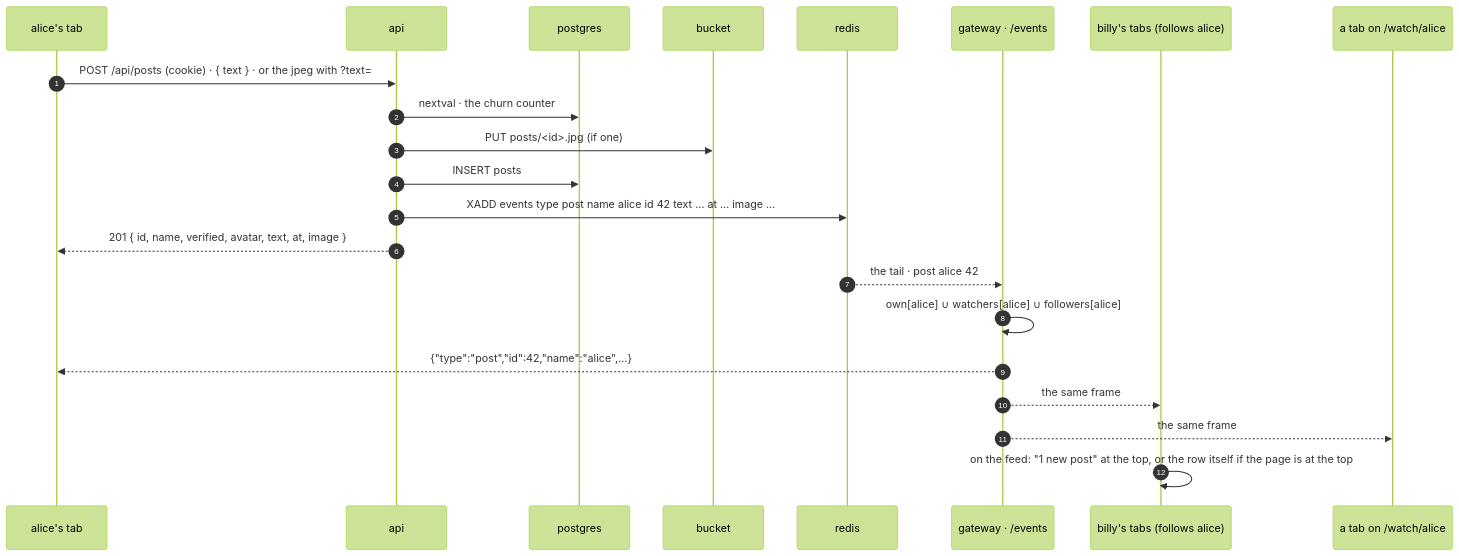
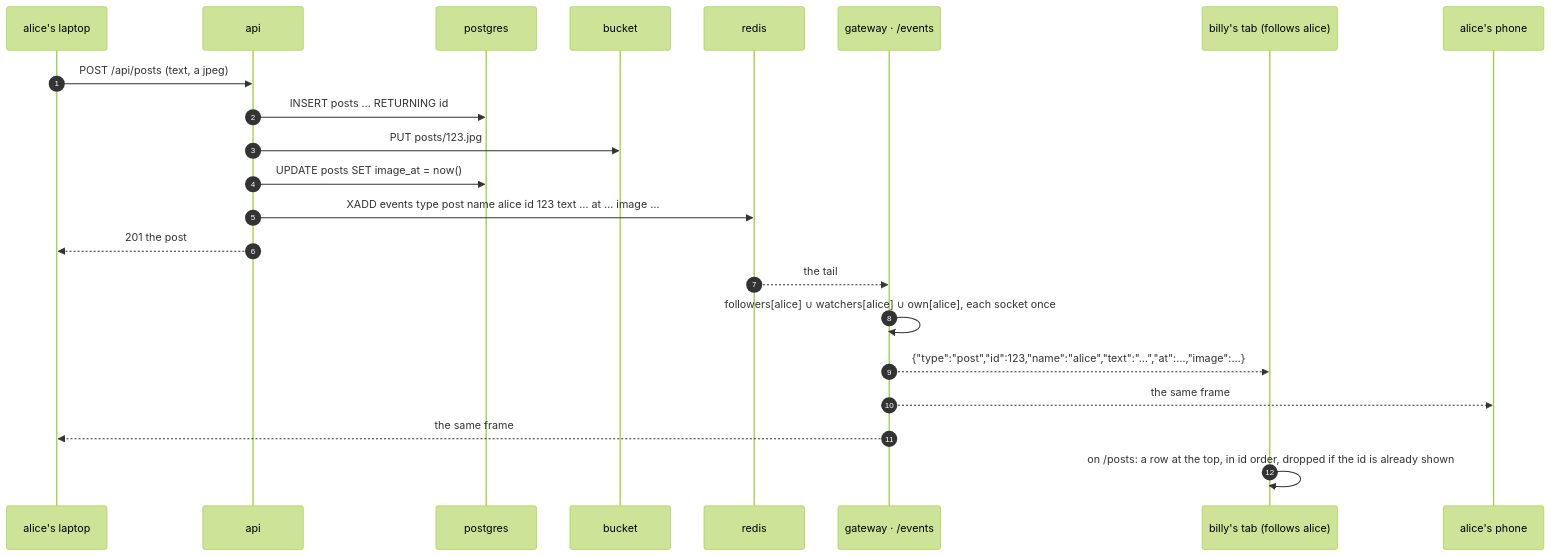
The second of 2 diagrams in docs/posts.md (ZeroNerodaHero/slop-stream-architecture), drawn with Mermaid (forest theme) before and after one commit. The commit also changed other lines of this file and 26 other files, not shown here.

````diff
--- a/docs/posts.md
+++ b/docs/posts.md
@@ -91,25 +109,25 @@
 ```mermaid
 sequenceDiagram
   autonumber
-  participant A as alice's tab
+  participant A as alice's laptop
   participant API as api
   participant D as postgres
   participant S as bucket
   participant R as redis
   participant G as gateway · /events
-  participant B as billy's tabs (follows alice)
-  participant C as a tab on /watch/alice
+  participant B as billy's tab (follows alice)
+  participant P as alice's phone
 
-  A->>API: POST /api/posts (cookie) · { text } · or the jpeg with ?text=
-  API->>D: nextval · the churn counter
-  API->>S: PUT posts/<id>.jpg (if one)
-  API->>D: INSERT posts
-  API->>R: XADD events type post name alice id 42 text … at … image …
-  API-->>A: 201 { id, name, verified, avatar, text, at, image }
-  R-->>G: the tail · post alice 42
-  G->>G: own[alice] ∪ watchers[alice] ∪ followers[alice]
-  G-->>A: {"type":"post","id":42,"name":"alice",…}
-  G-->>B: the same frame
-  G-->>C: the same frame
-  B->>B: on the feed: "1 new post" at the top, or the row itself if the page is at the top
+  A->>API: POST /api/posts (text, a jpeg)
+  API->>D: INSERT posts … RETURNING id
+  API->>S: PUT posts/123.jpg
+  API->>D: UPDATE posts SET image_at = now()
+  API->>R: XADD events type post name alice id 123 text … at … image …
+  API-->>A: 201 the post
+  R-->>G: the tail
+  G->>G: followers[alice] ∪ watchers[alice] ∪ own[alice], each socket once
+  G-->>B: {"type":"post","id":123,"name":"alice","text":"…","at":…,"image":…}
+  G-->>P: the same frame
+  G-->>A: the same frame
+  B->>B: on /posts: a row at the top, in id order, dropped if the id is already shown
 ```
````
